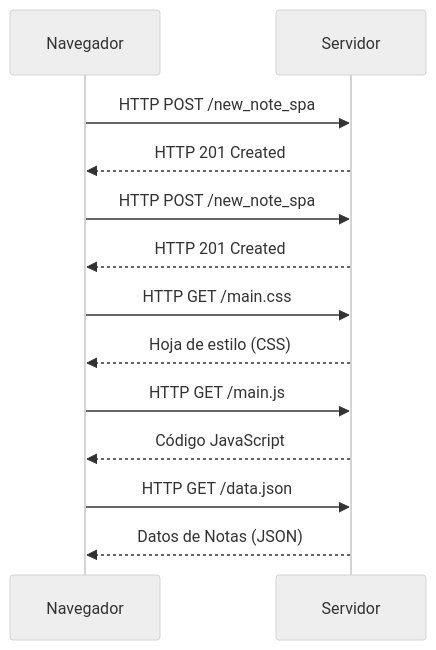
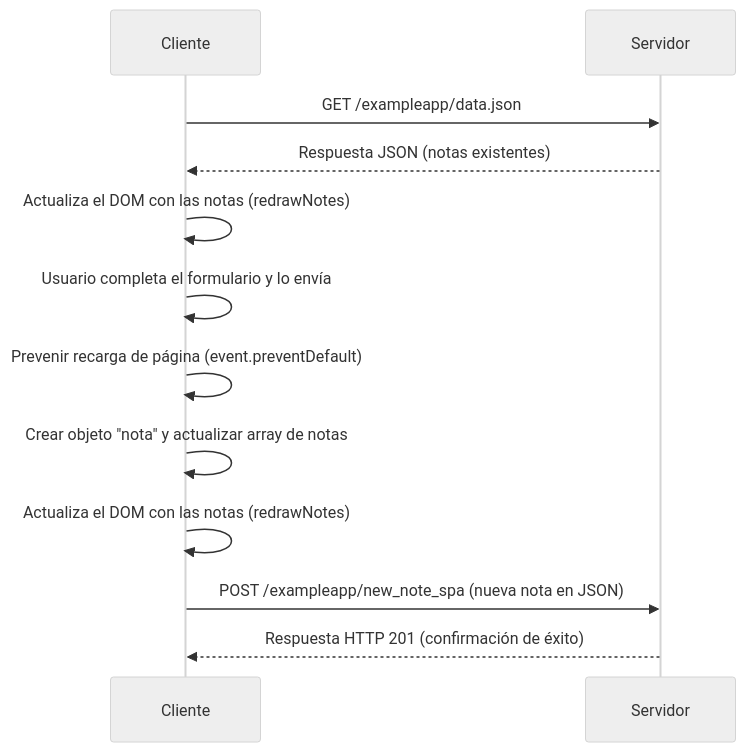
The diagram in part0/0_5.md (albertomog88/FSopen), drawn with Mermaid (neutral theme) before and after one commit. The commit also changed other lines of this file and 1 other file, not shown here.

Commit message:
Resubida y correccion

````diff
--- a/part0/0_5.md
+++ b/part0/0_5.md
@@ -24,21 +20,17 @@
 ```mermaid
 sequenceDiagram
-    participant Navegador
+    participant Cliente
     participant Servidor
 
-    Navegador->>Servidor: HTTP POST /new_note_spa
-    Servidor-->>Navegador: HTTP 201 Created
+    Cliente->>Servidor: GET /exampleapp/data.json
+    Servidor-->>Cliente: Respuesta JSON (notas existentes)
+    Cliente->>Cliente: Actualiza el DOM con las notas (redrawNotes)
 
-    Navegador->>Servidor: HTTP POST /new_note_spa
-    Servidor-->>Navegador: HTTP 201 Created
+    Cliente->>Cliente: Usuario completa el formulario y lo envía
+    Cliente->>Cliente: Prevenir recarga de página (event.preventDefault)
+    Cliente->>Cliente: Crear objeto "nota" y actualizar array de notas
+    Cliente->>Cliente: Actualiza el DOM con las notas (redrawNotes)
 
-    Navegador->>Servidor: HTTP GET /main.css
-    Servidor-->>Navegador: Hoja de estilo (CSS)
-
-    Navegador->>Servidor: HTTP GET /main.js
-    Servidor-->>Navegador: Código JavaScript
-
-    Navegador->>Servidor: HTTP GET /data.json
-    Servidor-->>Navegador: Datos de Notas (JSON)
-
+    Cliente->>Servidor: POST /exampleapp/new_note_spa (nueva nota en JSON)
+    Servidor-->>Cliente: Respuesta HTTP 201 (confirmación de éxito)
 ```
````
